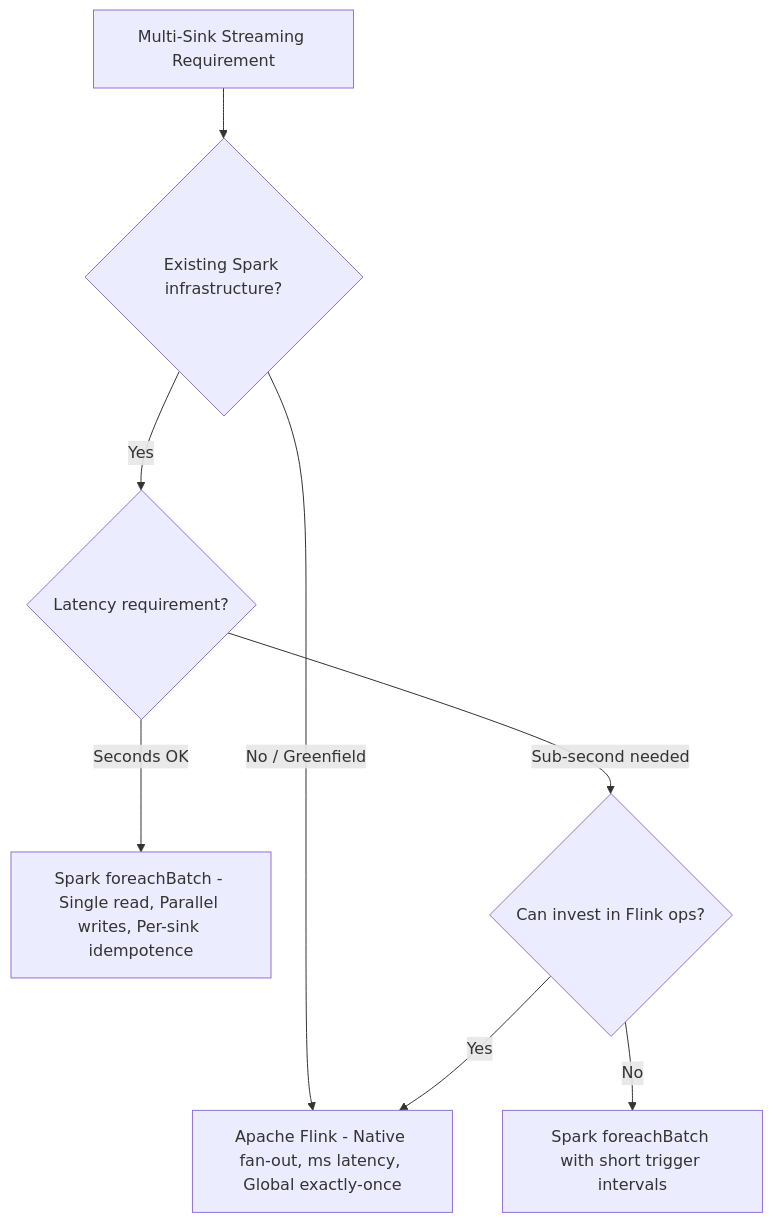
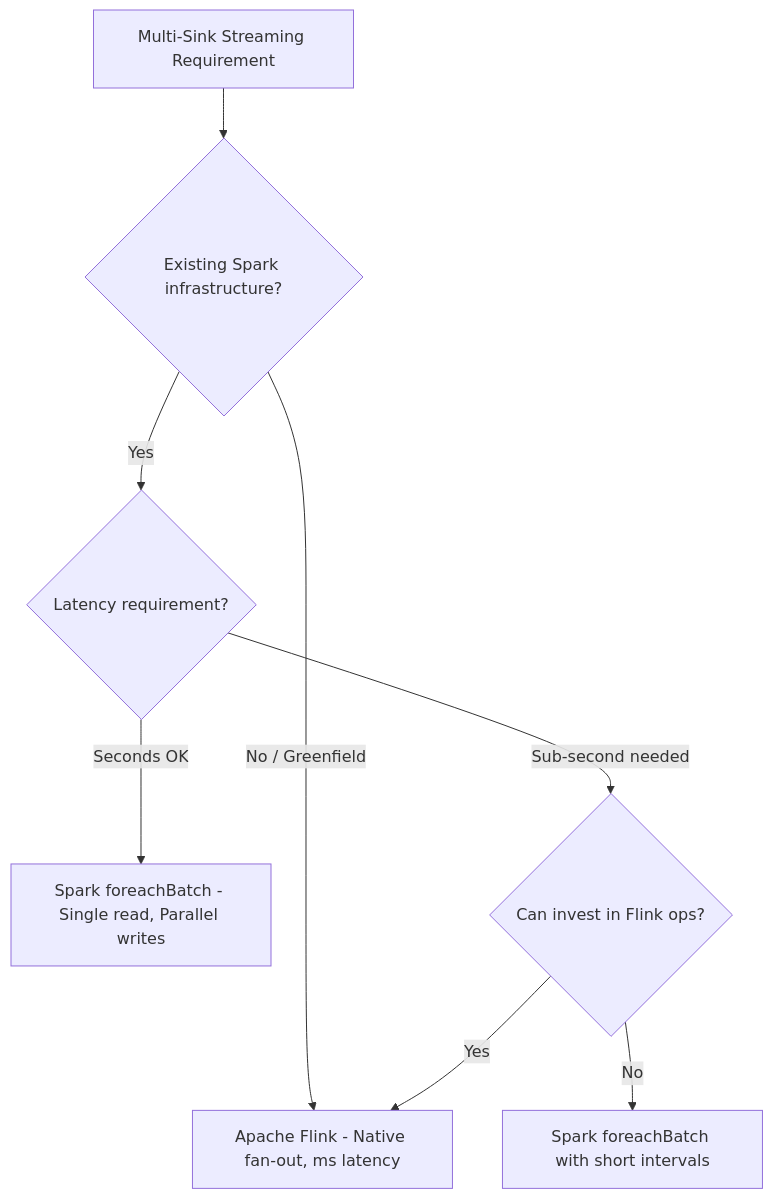
The ninth of 9 diagrams in _posts/2026-01-15-Spark-writeStream-vs-foreachBatch-vs-Flink.md (joeyfaherty/joeyfaherty.github.io), drawn with Mermaid before and after one commit. The commit also changed other lines of this file, not shown here.

Commit message:
Fix mermaid rendering

````diff
--- a/_posts/2026-01-15-Spark-writeStream-vs-foreachBatch-vs-Flink.md
+++ b/_posts/2026-01-15-Spark-writeStream-vs-foreachBatch-vs-Flink.md
@@ -627,10 +627,10 @@
-```mermaid
+<pre class="mermaid">
 flowchart TD
     Start["Multi-Sink Streaming Requirement"] --> Q1{"Existing Spark infrastructure?"}
     Q1 -->|"Yes"| Q2{"Latency requirement?"}
-    Q1 -->|"No / Greenfield"| Flink["Apache Flink - Native fan-out, ms latency, Global exactly-once"]
-    Q2 -->|"Seconds OK"| FBatch["Spark foreachBatch - Single read, Parallel writes, Per-sink idempotence"]
+    Q1 -->|"No / Greenfield"| Flink["Apache Flink - Native fan-out, ms latency"]
+    Q2 -->|"Seconds OK"| FBatch["Spark foreachBatch - Single read, Parallel writes"]
     Q2 -->|"Sub-second needed"| Q3{"Can invest in Flink ops?"}
     Q3 -->|"Yes"| Flink
-    Q3 -->|"No"| FBatch2["Spark foreachBatch with short trigger intervals"]
-```
+    Q3 -->|"No"| FBatch2["Spark foreachBatch with short intervals"]
+</pre>
````
